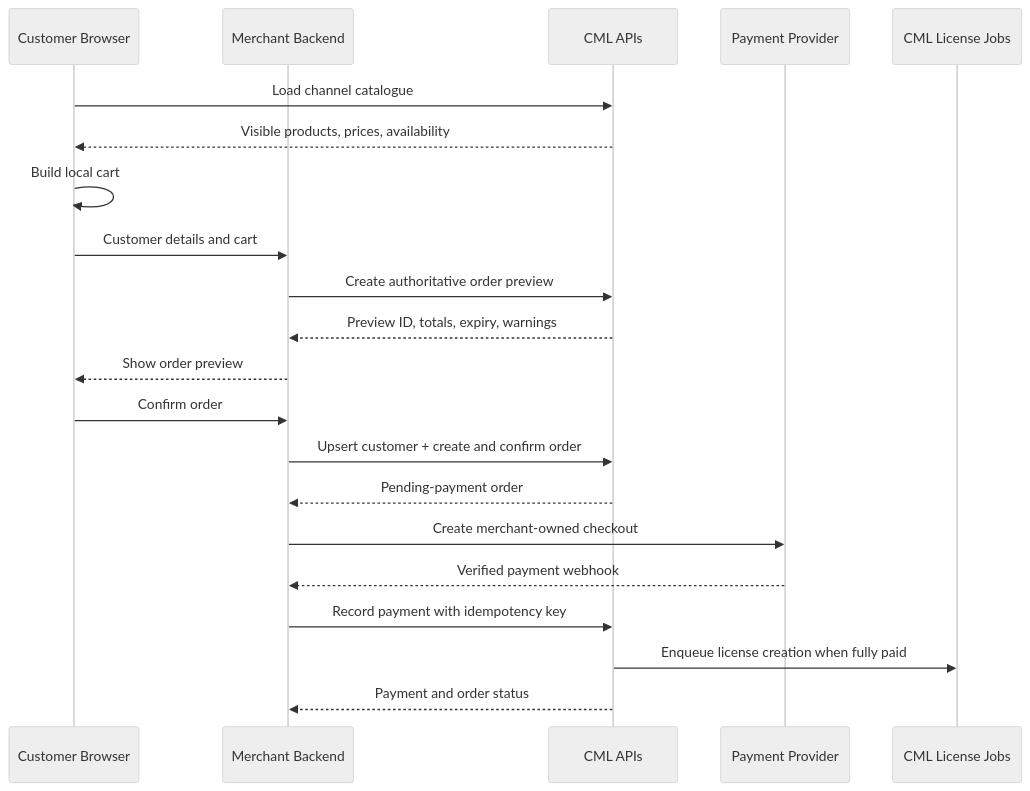
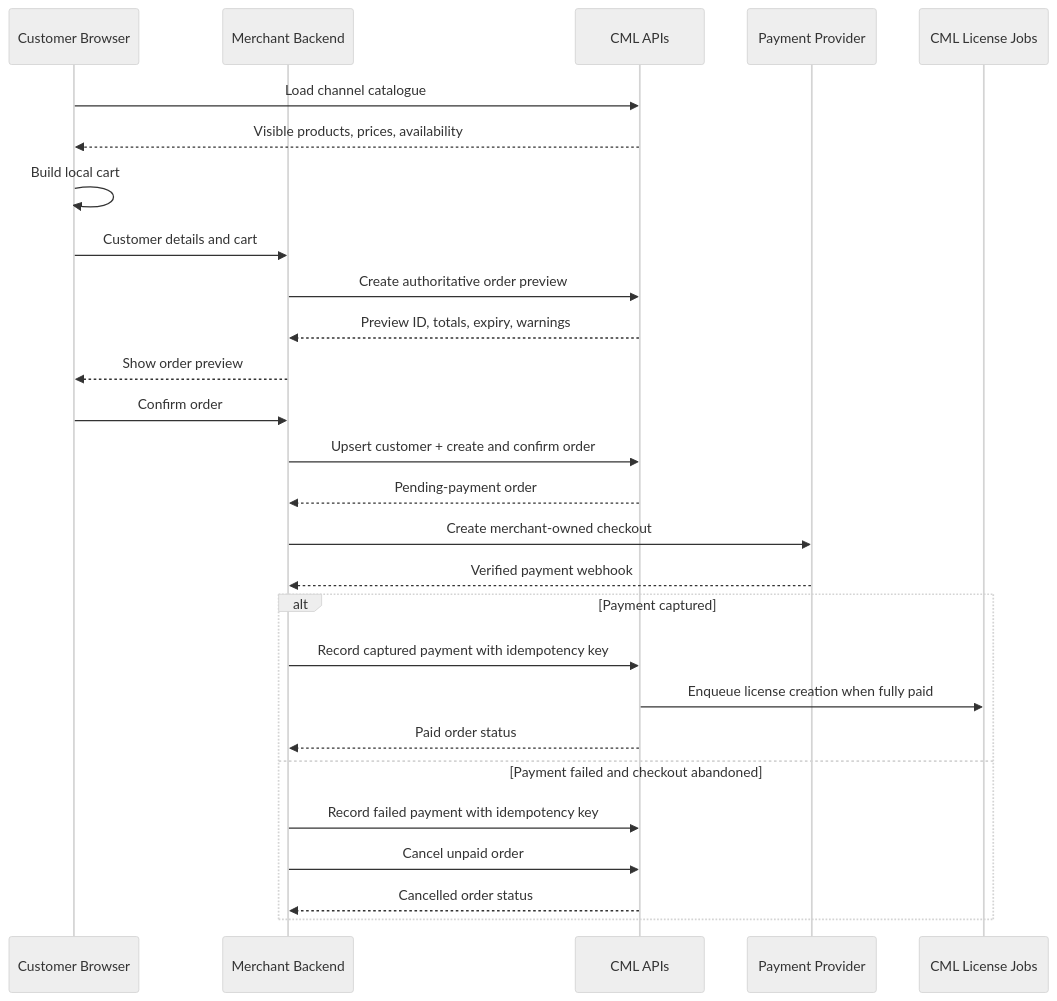
One commit to MitalioHQ/cmlmarketplace changed the diagram in docs/user-guide.md. Above: the diagram before and after it, drawn with Mermaid (neutral theme). The commit also changed other lines of this file and 47 other files, not shown here.

````diff
--- a/docs/user-guide.md
+++ b/docs/user-guide.md
@@ -294,24 +340,30 @@
 ```mermaid
 sequenceDiagram
     participant B as Customer Browser
     participant M as Merchant Backend
     participant C as CML APIs
     participant P as Payment Provider
     participant J as CML License Jobs
 
     B->>C: Load channel catalogue
     C-->>B: Visible products, prices, availability
     B->>B: Build local cart
     B->>M: Customer details and cart
     M->>C: Create authoritative order preview
     C-->>M: Preview ID, totals, expiry, warnings
     M-->>B: Show order preview
     B->>M: Confirm order
     M->>C: Upsert customer + create and confirm order
     C-->>M: Pending-payment order
     M->>P: Create merchant-owned checkout
     P-->>M: Verified payment webhook
-    M->>C: Record payment with idempotency key
-    C->>J: Enqueue license creation when fully paid
-    C-->>M: Payment and order status
+    alt Payment captured
+        M->>C: Record captured payment with idempotency key
+        C->>J: Enqueue license creation when fully paid
+        C-->>M: Paid order status
+    else Payment failed and checkout abandoned
+        M->>C: Record failed payment with idempotency key
+        M->>C: Cancel unpaid order
+        C-->>M: Cancelled order status
+    end
 ```
````
